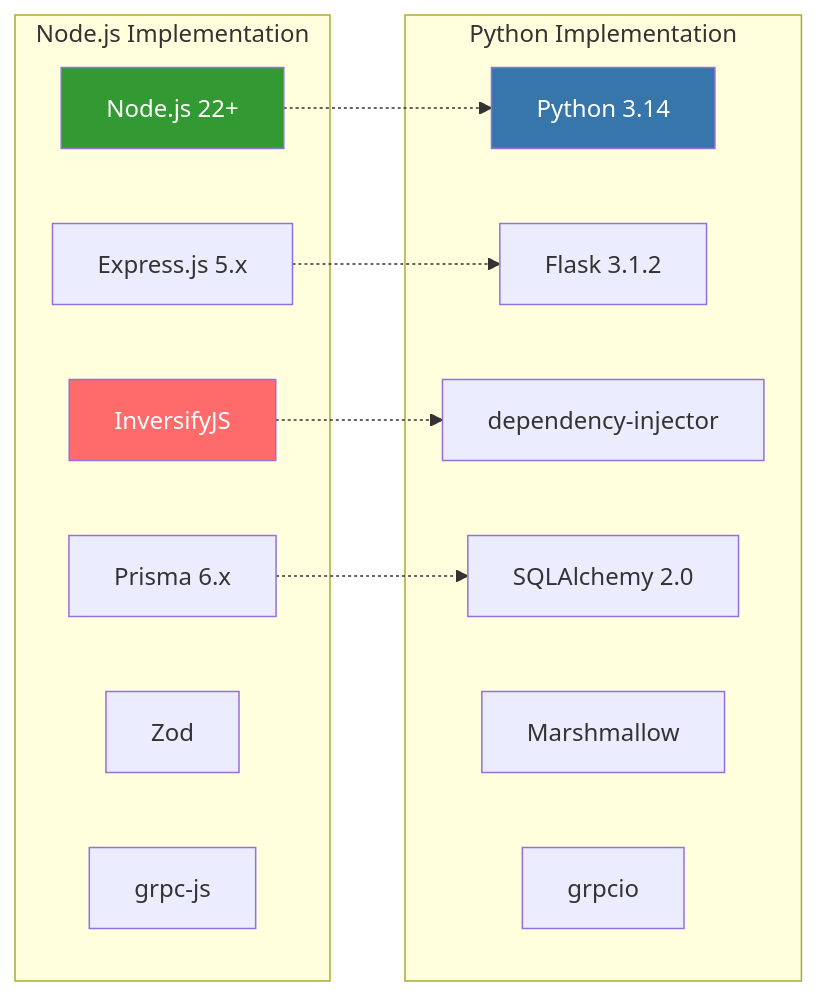
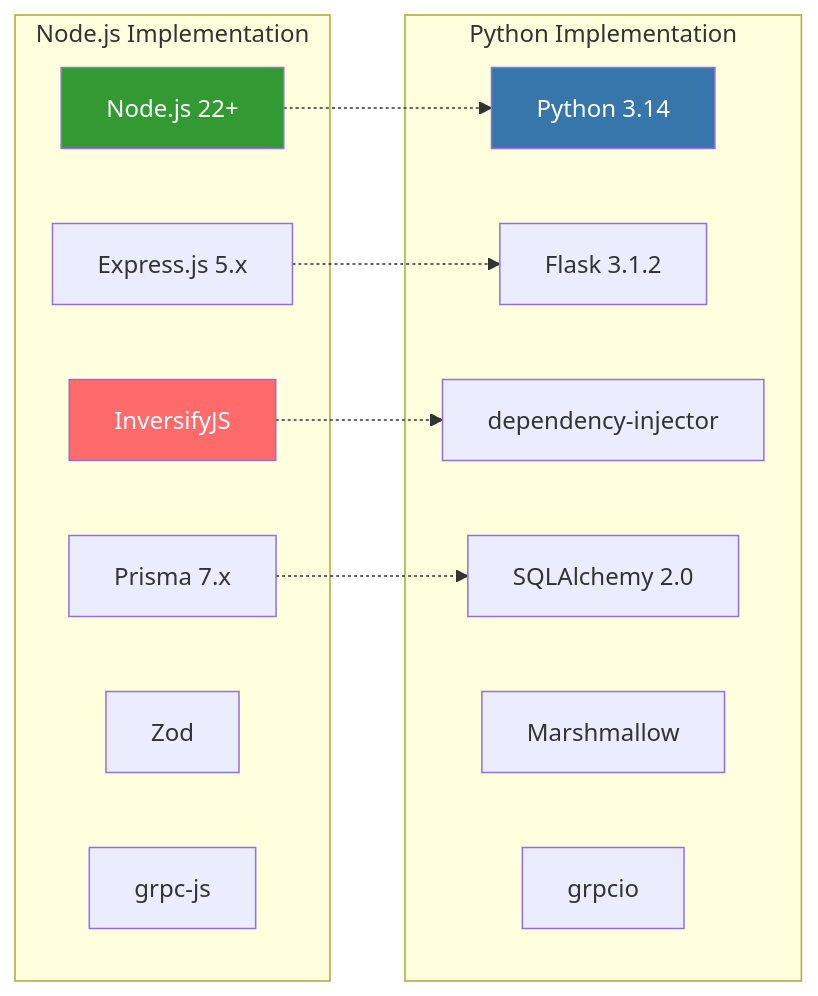
One commit to jrjohn/arcana-cloud-nodejs changed diagram 15 of 17 in README.md. Above: the diagram before and after it, drawn with Mermaid. The commit also changed other lines of this file, not shown here.

````diff
--- a/README.md
+++ b/README.md
@@ -911,29 +911,29 @@
 ```mermaid
 graph LR
     subgraph "Node.js Implementation"
         N_RT["Node.js 22+"]
         N_FW["Express.js 5.x"]
         N_DI["InversifyJS"]
-        N_ORM["Prisma 6.x"]
+        N_ORM["Prisma 7.x"]
         N_VAL["Zod"]
         N_GRPC["grpc-js"]
     end
 
     subgraph "Python Implementation"
         P_RT["Python 3.14"]
         P_FW["Flask 3.1.2"]
         P_DI["dependency-injector"]
         P_ORM["SQLAlchemy 2.0"]
         P_VAL["Marshmallow"]
         P_GRPC["grpcio"]
     end
 
     N_RT -.-> P_RT
     N_FW -.-> P_FW
     N_DI -.-> P_DI
     N_ORM -.-> P_ORM
 
     style N_RT fill:#339933,color:#fff
     style P_RT fill:#3776AB,color:#fff
     style N_DI fill:#FF6B6B,color:#fff
 ```
````
